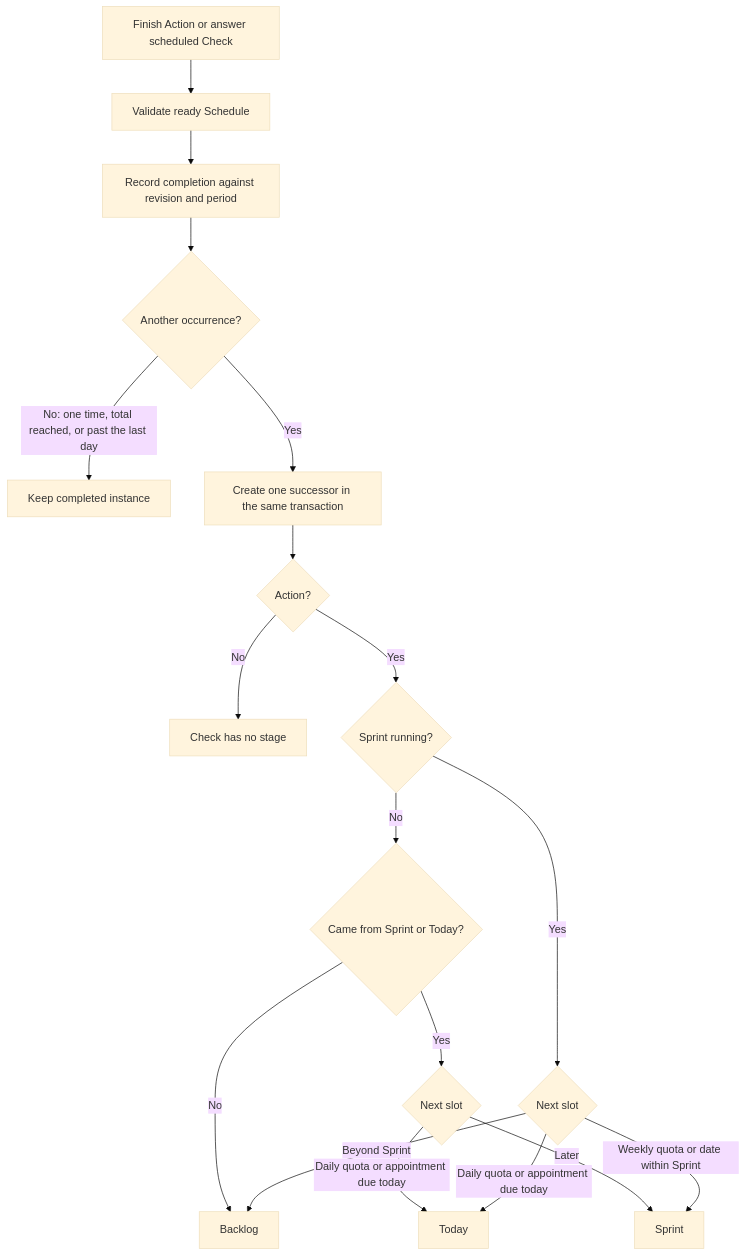
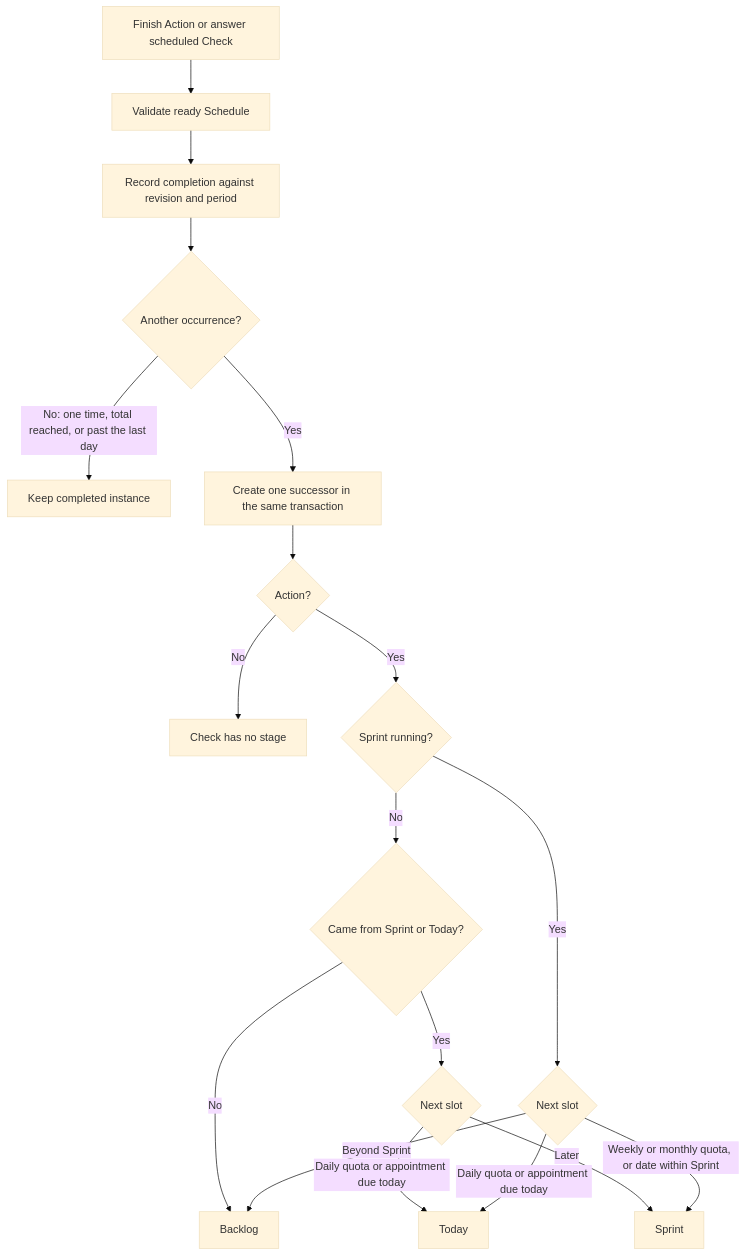
One commit to myvaheed/tg-ai-safwa changed the second of 3 diagrams in docs/SCHEDULES.md. Above: the diagram before and after it, drawn with Mermaid (base theme). The commit also changed other lines of this file and 16 other files, not shown here.

````diff
--- a/docs/SCHEDULES.md
+++ b/docs/SCHEDULES.md
@@ -122,20 +133,20 @@
 ```mermaid
 flowchart TD
     A[Finish Action or answer scheduled Check] --> B[Validate ready Schedule]
     B --> C[Record completion against revision and period]
     C --> D{Another occurrence?}
     D -->|No: one time, total reached, or past the last day| E[Keep completed instance]
     D -->|Yes| F[Create one successor in the same transaction]
     F --> G{Action?}
     G -->|No| H[Check has no stage]
     G -->|Yes| I{Sprint running?}
     I -->|No| P{Came from Sprint or Today?}
     P -->|No| B2[Backlog]
     P -->|Yes| Q{Next slot}
     Q -->|Daily quota or appointment due today| T
     Q -->|Later| K[Sprint]
     I -->|Yes| J{Next slot}
     J -->|Daily quota or appointment due today| T[Today]
-    J -->|Weekly quota or date within Sprint| K
+    J -->|Weekly or monthly quota, or date within Sprint| K
     J -->|Beyond Sprint| B2
 ```
````
